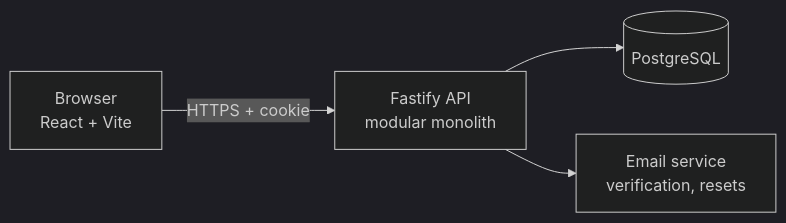
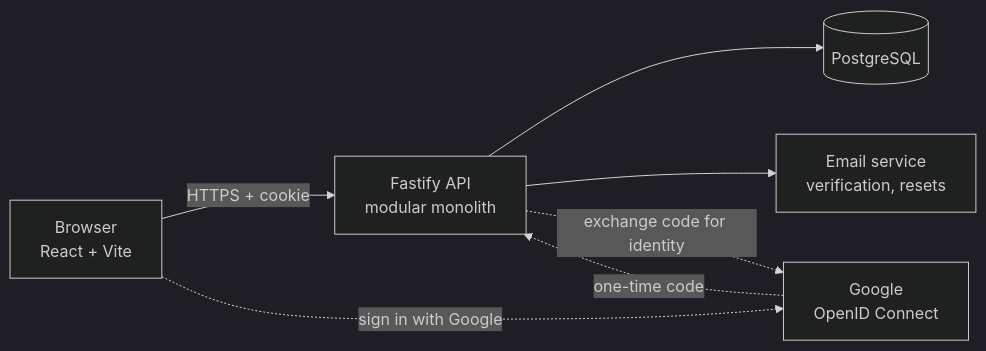
Before and after one commit to eshmeetbhachu/perspective: the first of 3 diagrams in docs/ROADMAP.md, drawn with Mermaid (dark theme). The commit also changed other lines of this file, not shown here.

Commit message:
docs: plan Google sign-in, UUIDv7 IDs and secure account linking

````diff
--- a/docs/ROADMAP.md
+++ b/docs/ROADMAP.md
@@ -50,6 +55,9 @@
 ```mermaid
 flowchart LR
   B[Browser<br/>React + Vite] -->|HTTPS + cookie| A[Fastify API<br/>modular monolith]
   A --> P[(PostgreSQL)]
   A --> E[Email service<br/>verification, resets]
+  B -.->|sign in with Google| G[Google<br/>OpenID Connect]
+  G -.->|one-time code| A
+  A -.->|exchange code for identity| G
 ```
````
